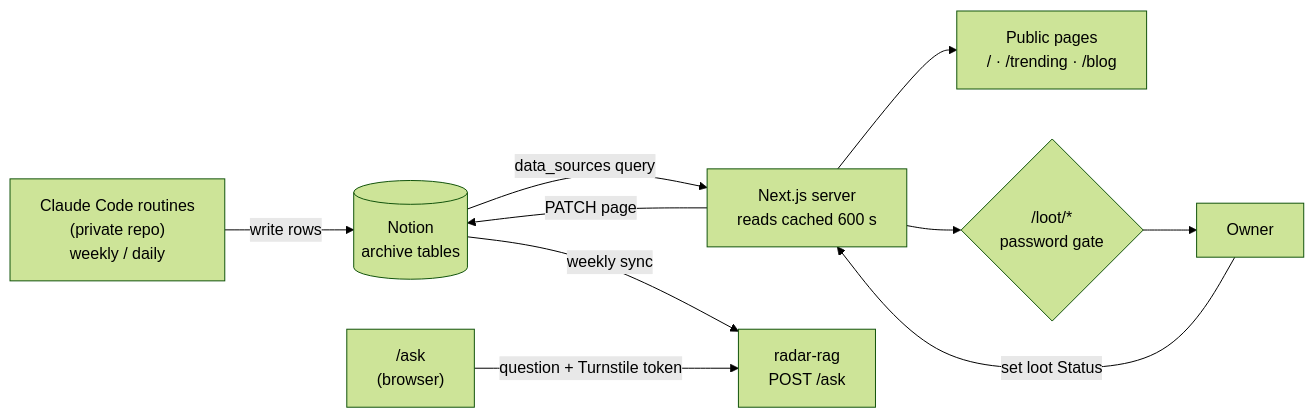
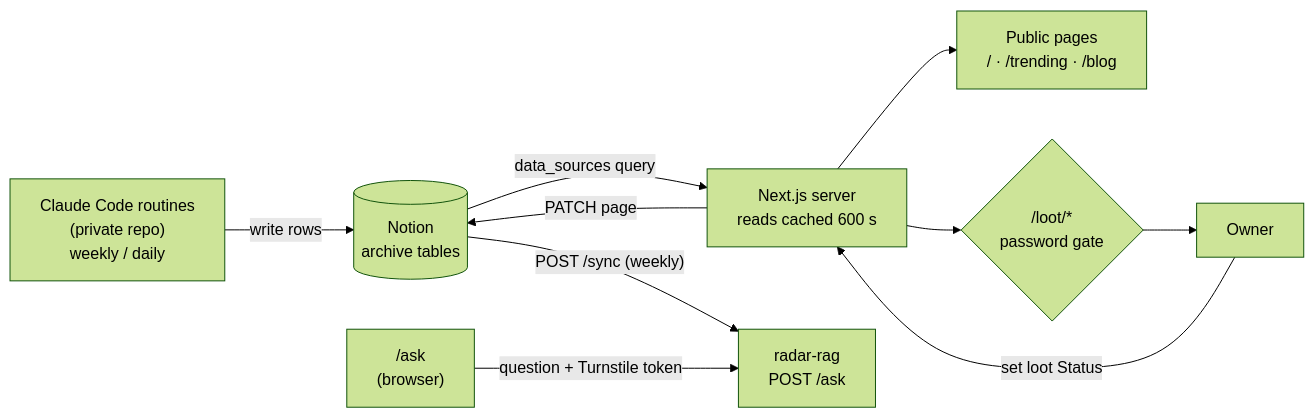
The diagram in README.md (zexion7873/github-radar-ui), drawn with Mermaid (forest theme) before and after one commit.

Commit message:
docs: name radar-rag's sync endpoint on the diagram edge
radar-rag's own diagram labels this flow POST /sync. Naming the
endpoint here too lets a reader match the two diagrams, and the
cadence stays because the edge is a scheduled weekly pull.

````diff
--- a/README.md
+++ b/README.md
@@ -40,21 +40,21 @@
 ```mermaid
 flowchart LR
     Routines["Claude Code routines<br/>(private repo)<br/>weekly / daily"]
     Notion[("Notion<br/>archive tables")]
     Server["Next.js server<br/>reads cached 600 s"]
     Pages["Public pages<br/>/ · /trending · /blog"]
     Ask["/ask<br/>(browser)"]
     Rag["radar-rag<br/>POST /ask"]
     Gate{"/loot/*<br/>password gate"}
     Owner["Owner"]
 
     Routines -->|"write rows"| Notion
     Notion -->|"data_sources query"| Server
-    Notion -->|"weekly sync"| Rag
+    Notion -->|"POST /sync (weekly)"| Rag
     Server --> Pages
     Ask -->|"question + Turnstile token"| Rag
     Server --> Gate
     Gate --> Owner
     Owner -->|"set loot Status"| Server
     Server -->|"PATCH page"| Notion
 ```
````
